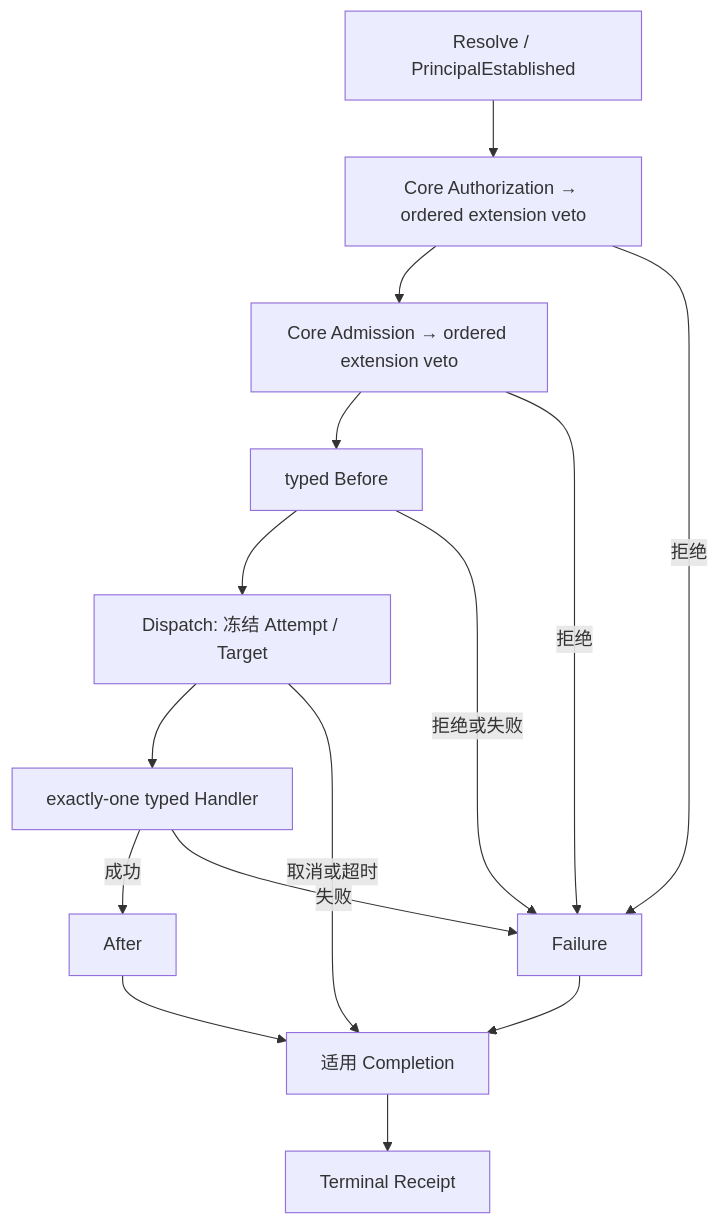
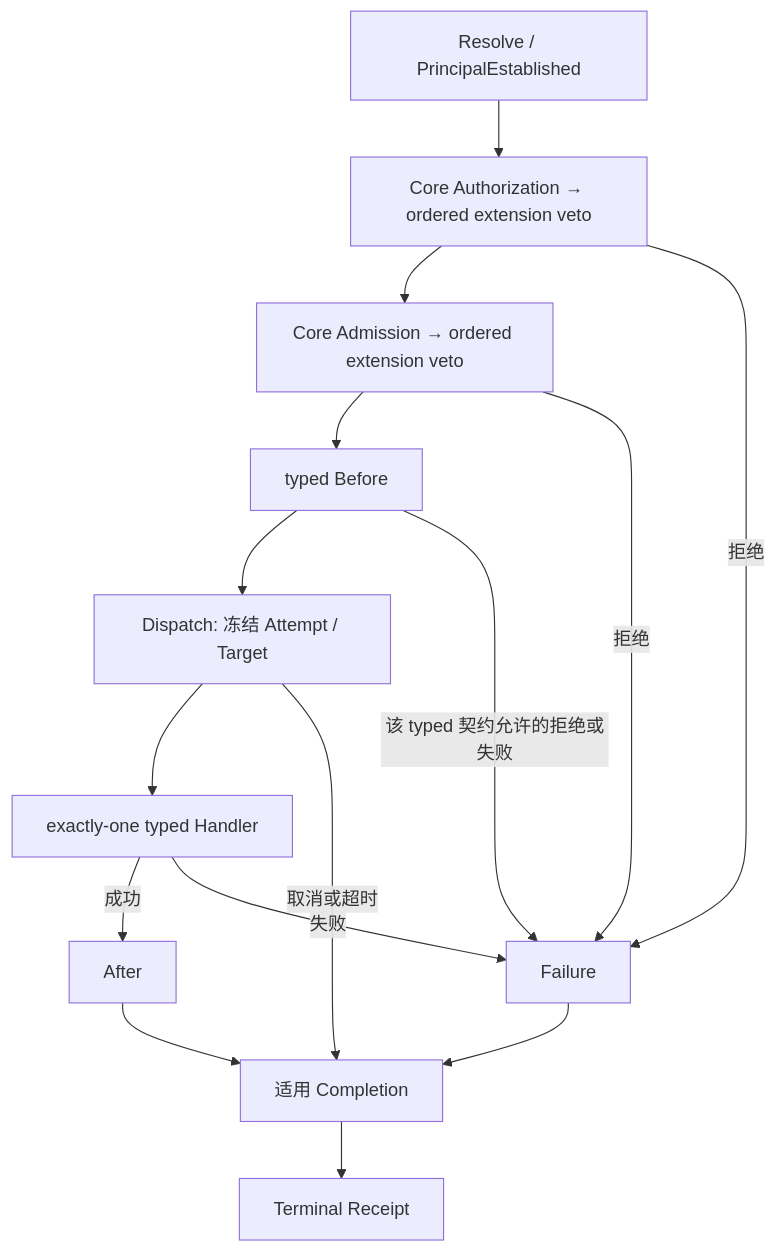
Before and after one commit to taichuy/1flowbase: the fifth of 6 diagrams in docs/architecture/interface-lifecycle.md, drawn with Mermaid. The commit also changed other lines of this file and 12 other files, not shown here.

Commit message:
docs: reconcile architecture contracts and consolidate evidence ownership

````diff
--- a/docs/architecture/interface-lifecycle.md
+++ b/docs/architecture/interface-lifecycle.md
@@ -155,17 +157,17 @@
 ```mermaid
 flowchart TB
     R["Resolve / PrincipalEstablished"] --> Z["Core Authorization → ordered extension veto"]
     Z --> A["Core Admission → ordered extension veto"]
     A --> B["typed Before"]
     B --> D["Dispatch: 冻结 Attempt / Target"]
     D --> H["exactly-one typed Handler"]
     H -->|成功| S["After"]
     H -->|失败| F["Failure"]
     Z -->|拒绝| F
     A -->|拒绝| F
-    B -->|拒绝或失败| F
+    B -->|该 typed 契约允许的拒绝或失败| F
     S --> C["适用 Completion"]
     F --> C
     D -->|取消或超时| C
     C --> T["Terminal Receipt"]
 ```
````
